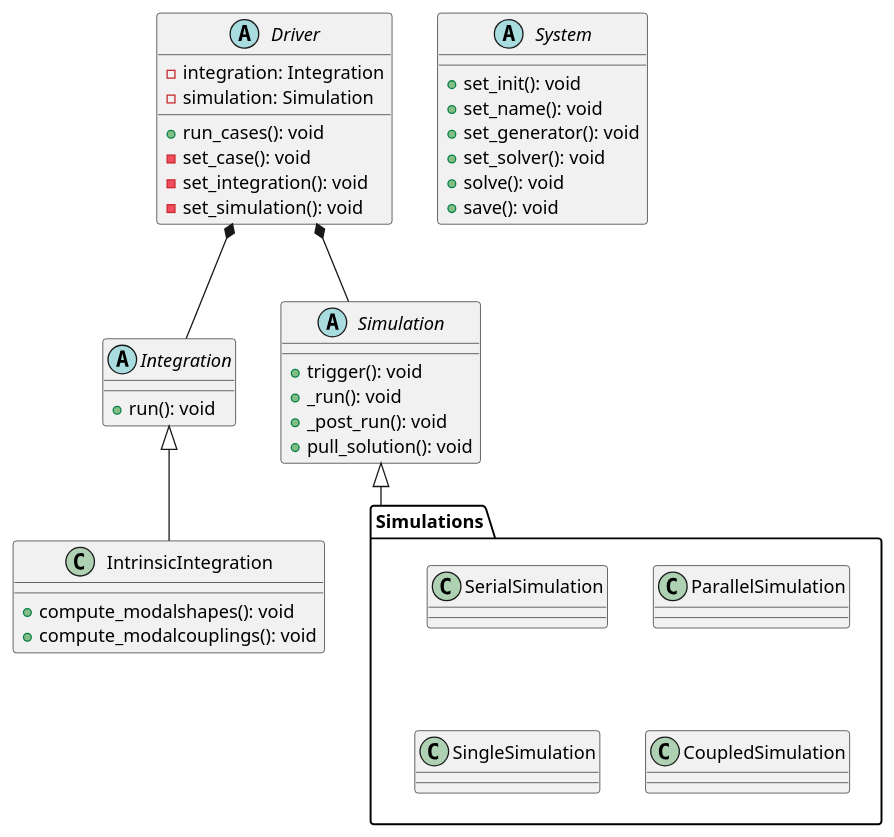
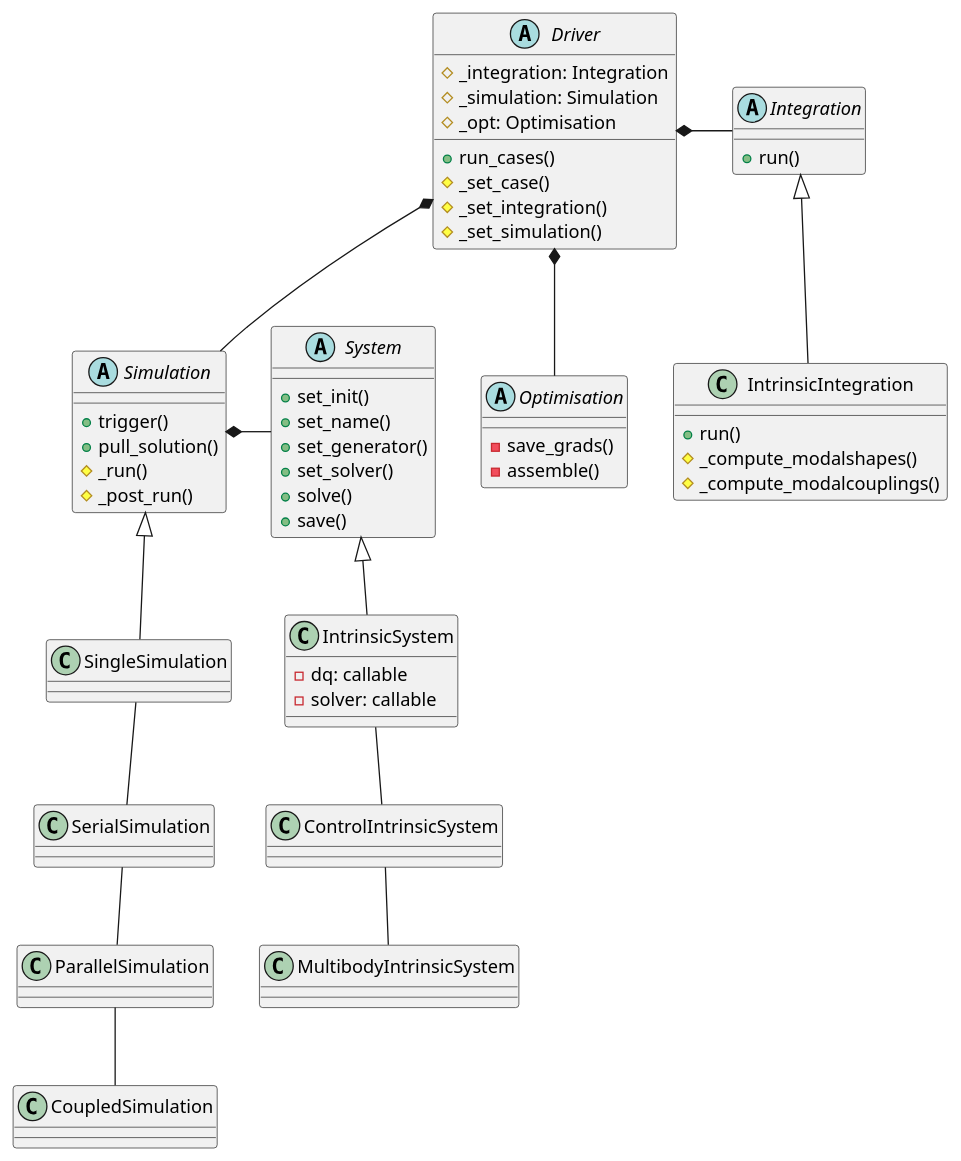
Before and after one commit to ACea15/FENIAX: the third of 3 diagrams in docs/schemas/draft1.org, drawn with PlantUML. The commit also changed other lines of this file and 1 other file, not shown here.

Commit message:
adding to utils

```diff
--- a/docs/schemas/draft1.org
+++ b/docs/schemas/draft1.org
@@ -258,65 +259,98 @@
 #+begin_src plantuml :file classes.png
 
-    abstract class Driver {
-            -integration: Integration
-            -simulation: Simulation
-            +run_cases(): void
-            -set_case(): void
-            -set_integration(): void
-            -set_simulation(): void
-    }
+  abstract class Driver {
+          #_integration: Integration
+          #_simulation: Simulation
+	    #_opt: Optimisation
+          +run_cases()
+          #_set_case()
+          #_set_integration()
+          #_set_simulation()
+  }
 
-    abstract class Integration {
-      +run(): void
-    }
+  abstract class Integration {
+          +run()
+  }
 
-    class IntrinsicIntegration {
-      +compute_modalshapes(): void
-      +compute_modalcouplings(): void
-    }
+  class IntrinsicIntegration {
+          +run()
+          #_compute_modalshapes()
+          #_compute_modalcouplings()
+  }
 
+  abstract class Simulation {
+          +trigger()
+          +pull_solution()
+          #_run()
+          #_post_run()
+  }
 
-    abstract class Simulation {
-      +trigger(): void
-      +_run(): void
-      +_post_run(): void
-      +pull_solution(): void
-    }
+  /'
+   ' package Simulations {
+   '         class SerialSimulation {
+   '         }
+   '         class ParallelSimulation {
+   '         }
+   '         class SingleSimulation {
+   '         }
+   '         class CoupledSimulation {
+   '         }
+   ' }
+   '/
 
-    package Simulations {
-    class SerialSimulation {
-    }
-
-    class ParallelSimulation {
-    }
-
-    class SingleSimulation {
-    }
-
-    class CoupledSimulation {
-    }
+  class SerialSimulation {
+  }
+  class ParallelSimulation {
+  }
+  class SingleSimulation {
+  }
+  class CoupledSimulation {
   }
 
   abstract class System {
-    +set_init(): void
-    +set_name(): void
-    +set_generator(): void
-    +set_solver(): void
-    +solve(): void
-    +save(): void
+          +set_init()
+          +set_name()
+          +set_generator()
+          +set_solver()
+          +solve()
+          +save()
   }
 
-    /'
-     ' Simulation <|-- SerialSimulation
-     ' Simulation <|-- ParallelSimulation
-     ' Simulation <|-- SingleSimulation
-     ' Simulation <|-- CoupledSimulation
-     '/
+  class IntrinsicSystem {
+        -dq: callable
+        -solver: callable
+  }
 
-    Simulation <|-- Simulations
-    'Driver "1" -- "1" Integration : composition
-    'Driver "1" -- "1" Simulation : composition'
-    Driver  *-- Integration
-    Driver  *-- Simulation
-    Integration <|-- IntrinsicIntegration
+  class ControlIntrinsicSystem {
+  }
+
+  class MultibodyIntrinsicSystem {
+  }
+
+     /'
+      ' Simulation <|-- SerialSimulation
+      ' Simulation <|-- ParallelSimulation
+      ' Simulation <|-- SingleSimulation
+      ' Simulation <|-- CoupledSimulation
+      '/
+  abstract class Optimisation {
+        -save_grads()
+        -assemble()
+  }
+
+  'Simulation <|-- Simulations
+  Simulation <|-- SingleSimulation
+  SingleSimulation -- SerialSimulation 
+  SerialSimulation -- ParallelSimulation
+  ParallelSimulation -- CoupledSimulation					
+  'Driver "1" -- "1" Integration : composition
+  'Driver "1" -- "1" Simulation : composition'
+  Driver  *- Integration
+  Driver  *-- Simulation
+  Driver  *-- Optimisation				
+  Simulation  *- System
+  Integration <|-- IntrinsicIntegration
+  System  <|-- IntrinsicSystem
+  IntrinsicSystem -- ControlIntrinsicSystem
+  ControlIntrinsicSystem -- MultibodyIntrinsicSystem
 #+end_src
```
